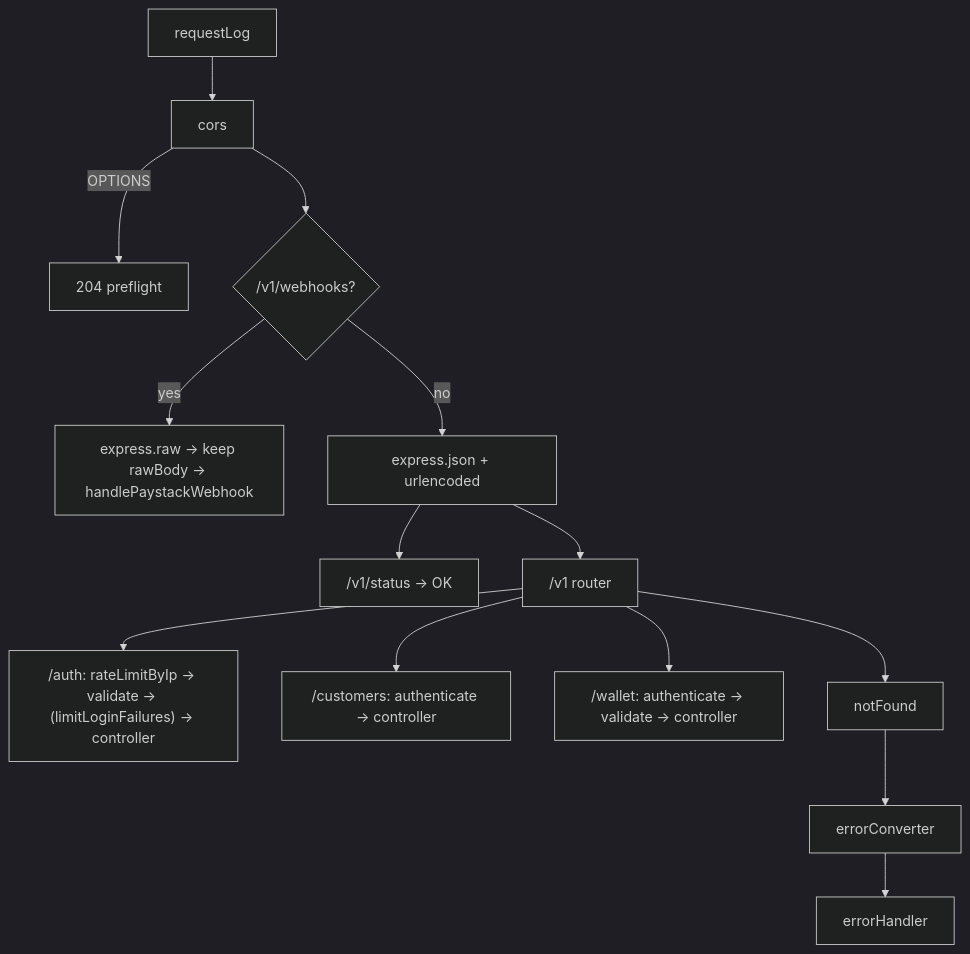
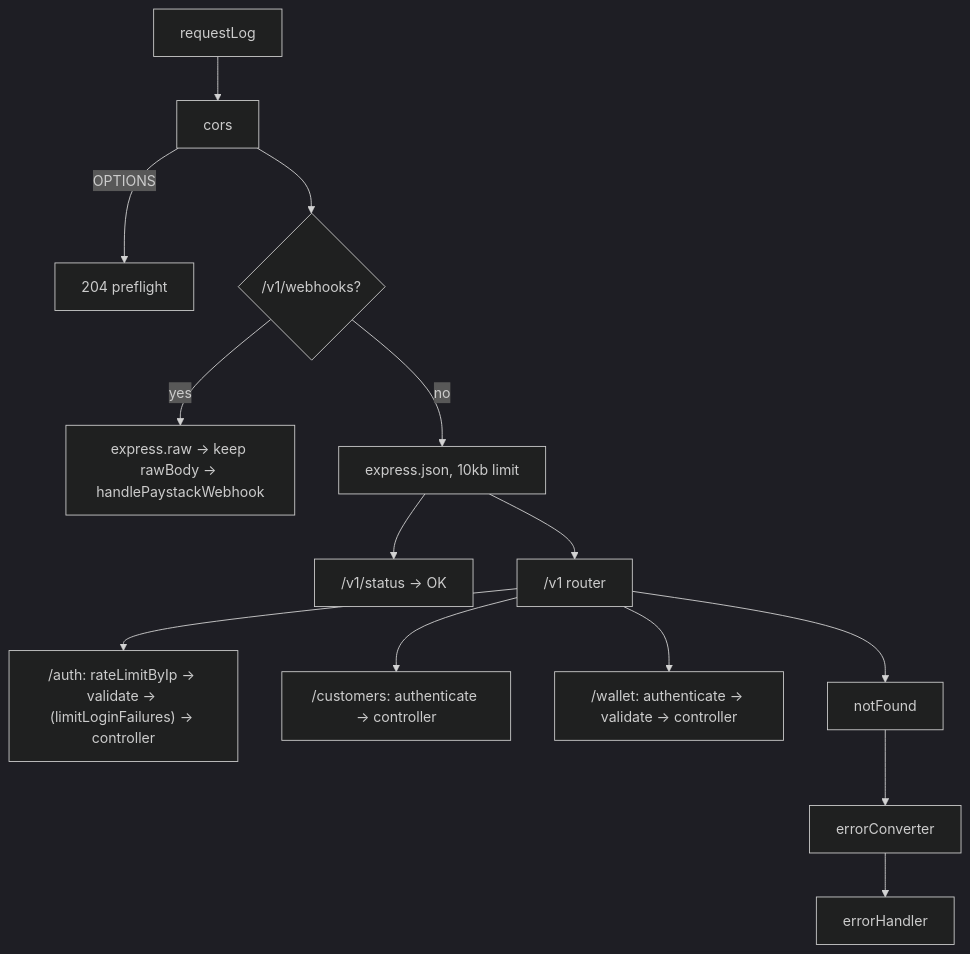
One commit to rkterungwa16/terk-ewallet changed the third of 6 diagrams in backend/docs/architecture.md. Above: the diagram before and after it, drawn with Mermaid (dark theme). The commit also changed other lines of this file and 23 other files, not shown here.

````diff
--- a/backend/docs/architecture.md
+++ b/backend/docs/architecture.md
@@ -188,15 +188,15 @@
 ```mermaid
 flowchart TD
   A[requestLog] --> B[cors]
   B -->|OPTIONS| B2[204 preflight]
   B --> W{"/v1/webhooks?"}
   W -->|yes| W1["express.raw → keep rawBody → handlePaystackWebhook"]
-  W -->|no| J[express.json + urlencoded]
+  W -->|no| J[express.json, 10kb limit]
   J --> S["/v1/status → OK"]
   J --> V1["/v1 router"]
   V1 --> AU["/auth: rateLimitByIp → validate → (limitLoginFailures) → controller"]
   V1 --> CU["/customers: authenticate → controller"]
   V1 --> WA["/wallet: authenticate → validate → controller"]
   V1 --> NF[notFound]
   NF --> EC[errorConverter] --> EH[errorHandler]
 ```
````
